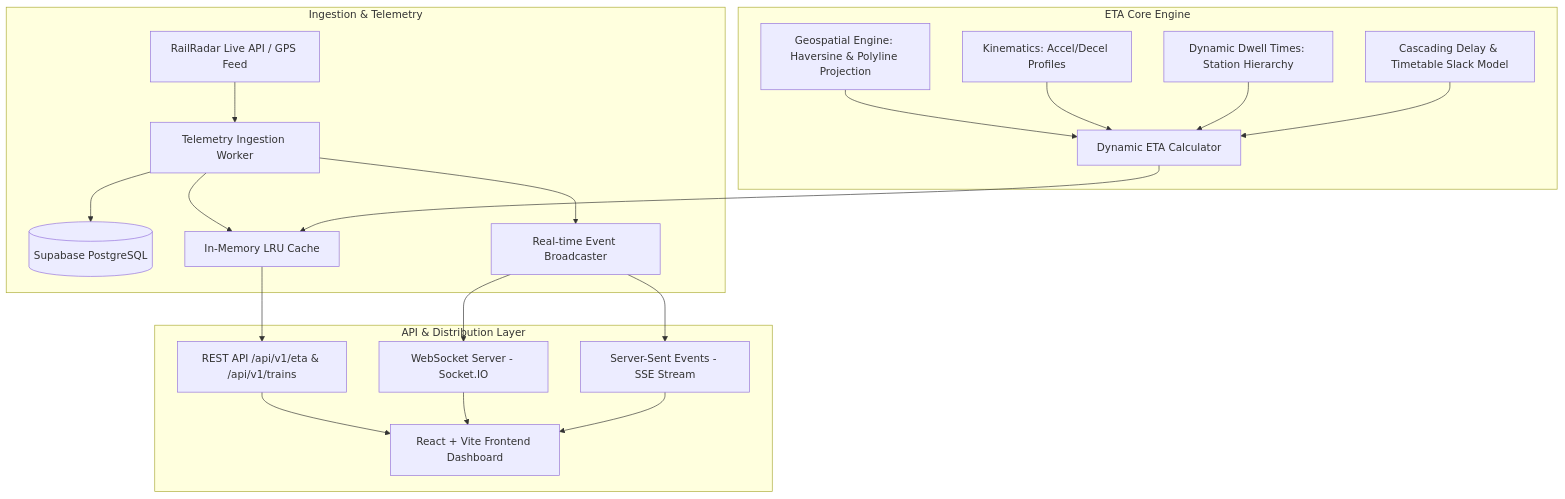
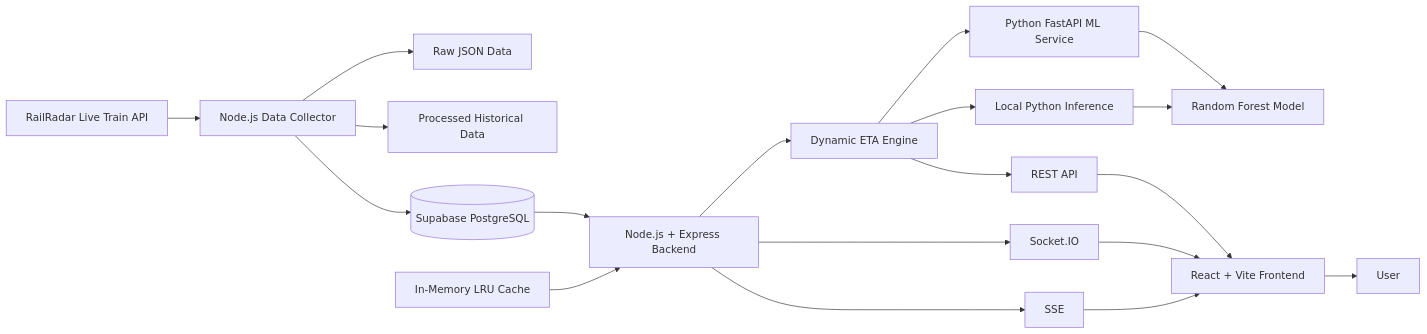
Before and after one commit to praptha-gatty/dynamic-train-eta: the first of 10 diagrams in README.md, drawn with Mermaid. The commit also changed other lines of this file, not shown here.

````diff
--- a/README.md
+++ b/README.md
@@ -9,32 +108,62 @@
 ```mermaid
-flowchart TD
-    subgraph Ingestion & Telemetry
-        RR[RailRadar Live API / GPS Feed] --> COLLECTOR[Telemetry Ingestion Worker]
-        COLLECTOR --> DB[(Supabase PostgreSQL)]
-        COLLECTOR --> CACHE[In-Memory LRU Cache]
-        COLLECTOR --> PUBSUB[Real-time Event Broadcaster]
-    end
+flowchart LR
 
-    subgraph ETA Core Engine
-        GEO[Geospatial Engine: Haversine & Polyline Projection]
-        KIN[Kinematics: Accel/Decel Profiles]
-        DWELL[Dynamic Dwell Times: Station Hierarchy]
-        DELAY[Cascading Delay & Timetable Slack Model]
+    SOURCE[RailRadar Live Train API]
 
-        GEO --> ENGINE[Dynamic ETA Calculator]
-        KIN --> ENGINE
-        DWELL --> ENGINE
-        DELAY --> ENGINE
-    end
+    COLLECTOR[Node.js Data Collector]
 
-    subgraph API & Distribution Layer
-        ENGINE --> CACHE
-        CACHE --> REST[REST API /api/v1/eta & /api/v1/trains]
-        PUBSUB --> WS[WebSocket Server - Socket.IO]
-        PUBSUB --> SSE[Server-Sent Events - SSE Stream]
-        
-        REST --> UI[React + Vite Frontend Dashboard]
-        WS --> UI
-        SSE --> UI
-    end
+    RAW[Raw JSON Data]
+
+    PROCESSED[Processed Historical Data]
+
+    DB[(Supabase PostgreSQL)]
+
+    CACHE[In-Memory LRU Cache]
+
+    BACKEND[Node.js + Express Backend]
+
+    ETA[Dynamic ETA Engine]
+
+    MLHTTP[Python FastAPI ML Service]
+
+    MLPY[Local Python Inference]
+
+    MODEL[Random Forest Model]
+
+    REST[REST API]
+
+    WS[Socket.IO]
+
+    SSE[SSE]
+
+    FRONTEND[React + Vite Frontend]
+
+    USER[User]
+
+    SOURCE --> COLLECTOR
+
+    COLLECTOR --> RAW
+    COLLECTOR --> PROCESSED
+    COLLECTOR --> DB
+
+    DB --> BACKEND
+    CACHE --> BACKEND
+
+    BACKEND --> ETA
+    ETA --> MLHTTP
+    MLHTTP --> MODEL
+
+    ETA --> MLPY
+    MLPY --> MODEL
+
+    ETA --> REST
+
+    BACKEND --> WS
+    BACKEND --> SSE
+
+    REST --> FRONTEND
+    WS --> FRONTEND
+    SSE --> FRONTEND
+
+    FRONTEND --> USER
 ```
````
